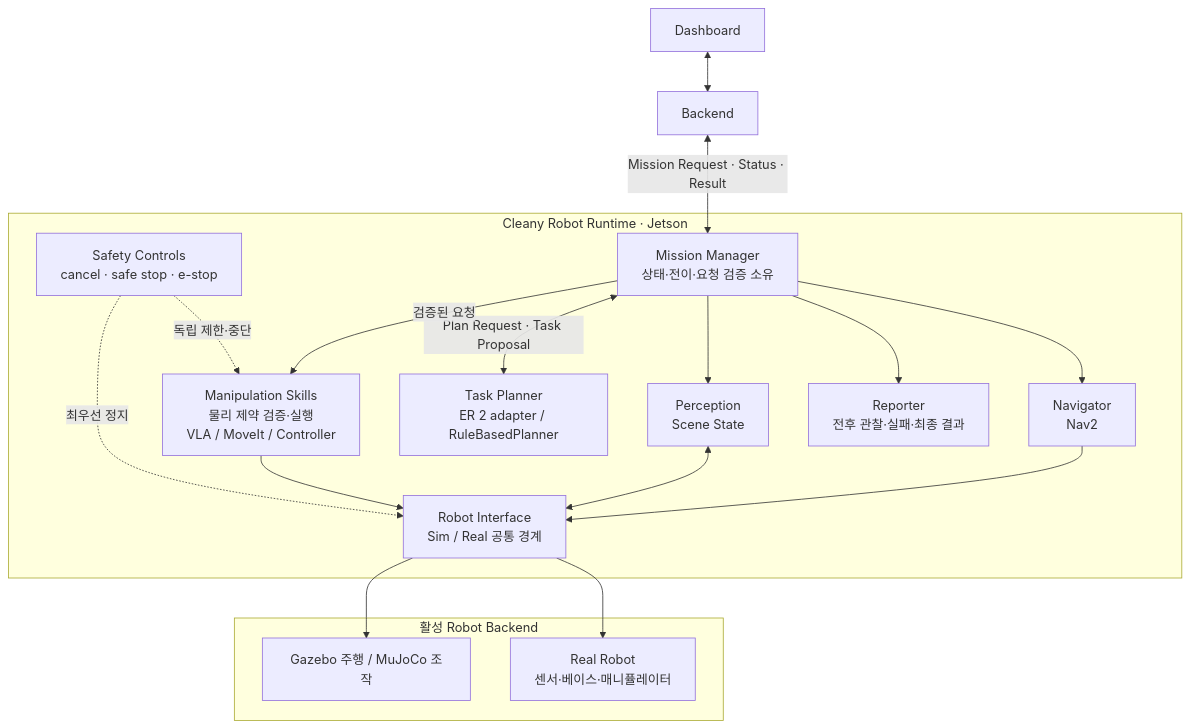
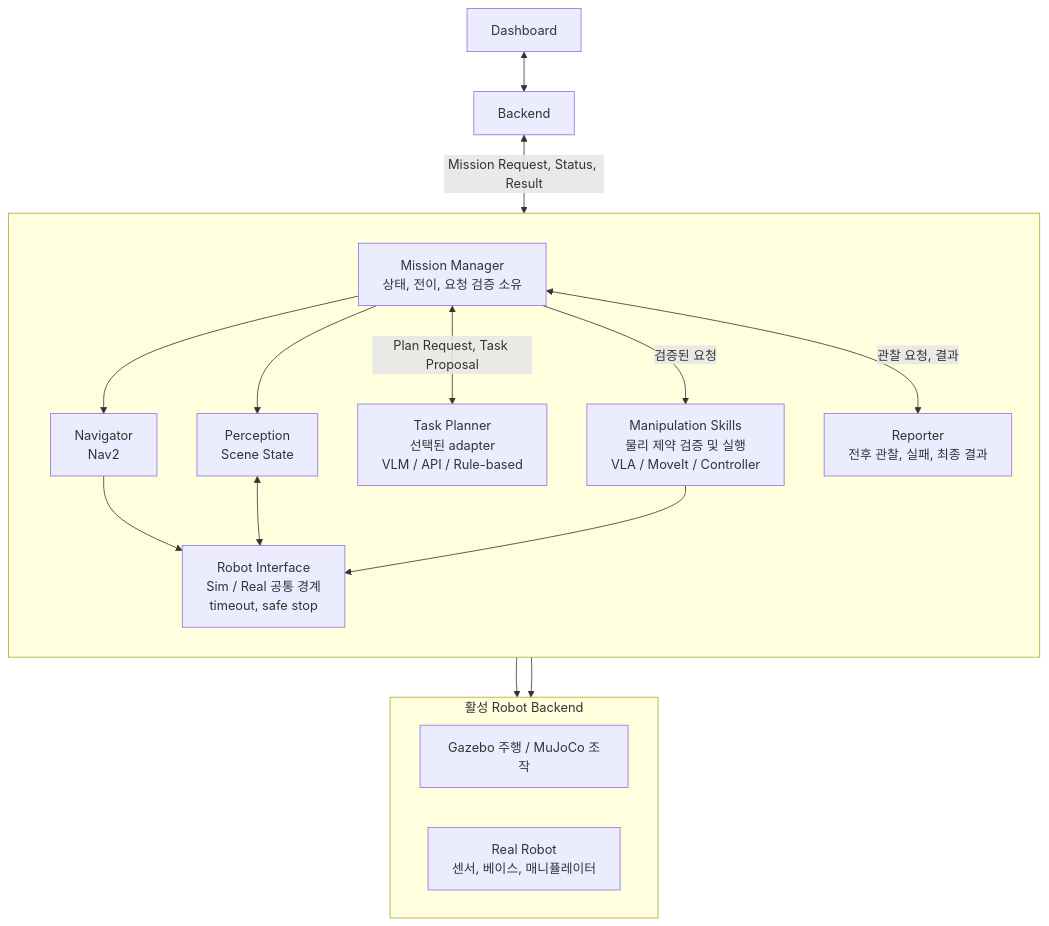
One commit to asm17-moving-agent/cleany-docs changed the diagram in 20_TECHNICAL/00 - Technical Overview.md. Above: the diagram before and after it, drawn with Mermaid. The commit also changed other lines of this file and 53 other files, not shown here.

````diff
--- a/20_TECHNICAL/00 - Technical Overview.md
+++ b/20_TECHNICAL/00 - Technical Overview.md
@@ -21,36 +14,36 @@
 ```mermaid
 flowchart TB
     dashboard["Dashboard"]
     backend["Backend"]
 
-    subgraph runtime["Cleany Robot Runtime · Jetson"]
-        mission["Mission Manager<br/>상태·전이·요청 검증 소유"]
+    subgraph runtime[" "]
+        direction TB
+        mission["Mission Manager<br/>상태, 전이, 요청 검증 소유"]
         navigator["Navigator<br/>Nav2"]
         perception["Perception<br/>Scene State"]
-        planner["Task Planner<br/>ER 2 adapter / RuleBasedPlanner"]
-        skills["Manipulation Skills<br/>물리 제약 검증·실행<br/>VLA / MoveIt / Controller"]
-        reporter["Reporter<br/>전후 관찰·실패·최종 결과"]
-        interface["Robot Interface<br/>Sim / Real 공통 경계"]
-        safety["Safety Controls<br/>cancel · safe stop · e-stop"]
+        planner["Task Planner<br/>선택된 adapter<br/>VLM / API / Rule-based"]
+        skills["Manipulation Skills<br/>물리 제약 검증 및 실행<br/>VLA / MoveIt / Controller"]
+        reporter["Reporter<br/>전후 관찰, 실패, 최종 결과"]
+        interface["Robot Interface<br/>Sim / Real 공통 경계<br/>timeout, safe stop"]
     end
 
     subgraph backend_impl["활성 Robot Backend"]
+        direction LR
         simulation["Gazebo 주행 / MuJoCo 조작"]
-        real["Real Robot<br/>센서·베이스·매니퓰레이터"]
+        real["Real Robot<br/>센서, 베이스, 매니퓰레이터"]
     end
 
     dashboard <--> backend
-    backend <-->|Mission Request · Status · Result| mission
+    backend <-->|Mission Request, Status, Result| mission
     mission --> navigator
     mission --> perception
-    mission <-->|Plan Request · Task Proposal| planner
+    mission <-->|Plan Request, Task Proposal| planner
     mission -->|검증된 요청| skills
-    mission --> reporter
+    mission <-->|관찰 요청, 결과| reporter
     navigator --> interface
     perception <--> interface
     skills --> interface
     interface --> simulation
     interface --> real
-    safety -.->|독립 제한·중단| skills
-    safety -.->|최우선 정지| interface
+
 ```
````
